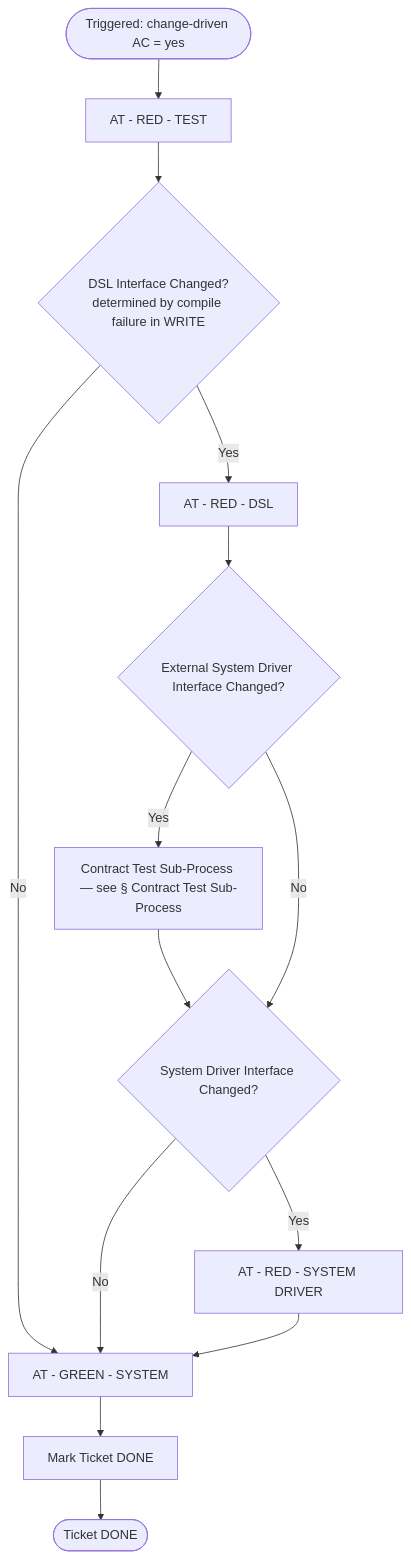
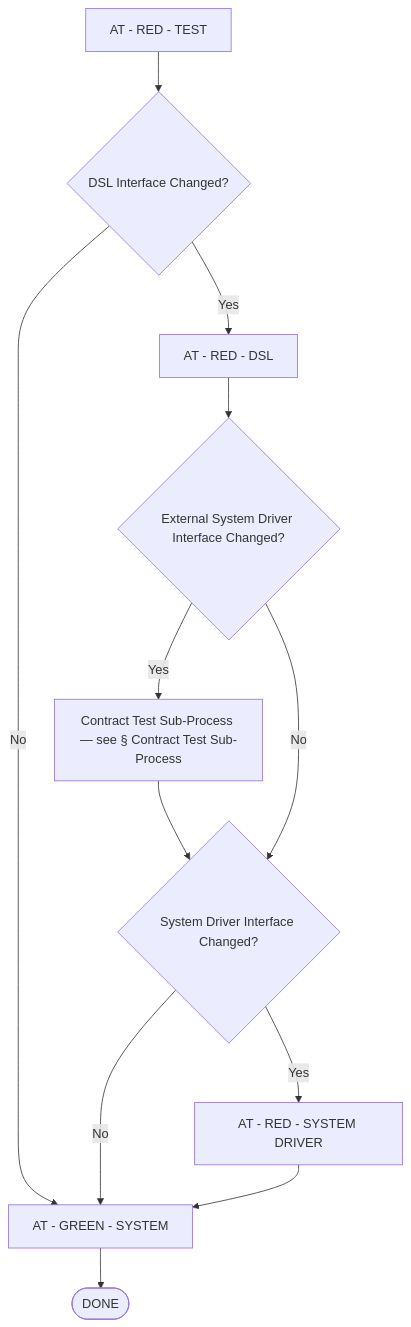
One commit to optivem/starter changed the third of 10 diagrams in docs/atdd/process/process-diagram.md. Above: the diagram before and after it, drawn with Mermaid. The commit also changed other lines of this file and 1 other file, not shown here.

First line of the commit message:
Regenerate process diagrams after AT/CT phase doc split

````diff
--- a/docs/atdd/process/process-diagram.md
+++ b/docs/atdd/process/process-diagram.md
@@ -90,28 +116,24 @@
 ```mermaid
 flowchart TD
-    TRIGGER([Triggered: change-driven AC = yes])
     AT_RED_TEST[AT - RED - TEST]
-    DSL_CHANGED{"DSL Interface Changed?<br/>determined by compile failure in WRITE"}
+    DSL_CHANGED{DSL Interface Changed?}
     AT_RED_DSL[AT - RED - DSL]
-    EXT_CHANGED{External System Driver Interface Changed?}
+    EXT_DRIVER_CHANGED{External System Driver Interface Changed?}
     CT_SUBPROCESS[Contract Test Sub-Process — see § Contract Test Sub-Process]
-    SYS_CHANGED{System Driver Interface Changed?}
+    SYS_DRIVER_CHANGED{System Driver Interface Changed?}
     AT_RED_SYSTEM_DRIVER[AT - RED - SYSTEM DRIVER]
     AT_GREEN_SYSTEM[AT - GREEN - SYSTEM]
-    MARK_DONE[Mark Ticket DONE]
-    DONE([Ticket DONE])
+    DONE([DONE])
 
-    TRIGGER --> AT_RED_TEST
     AT_RED_TEST --> DSL_CHANGED
     DSL_CHANGED -->|No| AT_GREEN_SYSTEM
     DSL_CHANGED -->|Yes| AT_RED_DSL
-    AT_RED_DSL --> EXT_CHANGED
-    EXT_CHANGED -->|Yes| CT_SUBPROCESS
-    CT_SUBPROCESS --> SYS_CHANGED
-    EXT_CHANGED -->|No| SYS_CHANGED
-    SYS_CHANGED -->|No| AT_GREEN_SYSTEM
-    SYS_CHANGED -->|Yes| AT_RED_SYSTEM_DRIVER
+    AT_RED_DSL --> EXT_DRIVER_CHANGED
+    EXT_DRIVER_CHANGED -->|Yes| CT_SUBPROCESS
+    CT_SUBPROCESS --> SYS_DRIVER_CHANGED
+    EXT_DRIVER_CHANGED -->|No| SYS_DRIVER_CHANGED
+    SYS_DRIVER_CHANGED -->|No| AT_GREEN_SYSTEM
+    SYS_DRIVER_CHANGED -->|Yes| AT_RED_SYSTEM_DRIVER
     AT_RED_SYSTEM_DRIVER --> AT_GREEN_SYSTEM
-    AT_GREEN_SYSTEM --> MARK_DONE
-    MARK_DONE --> DONE
+    AT_GREEN_SYSTEM --> DONE
 ```
````
